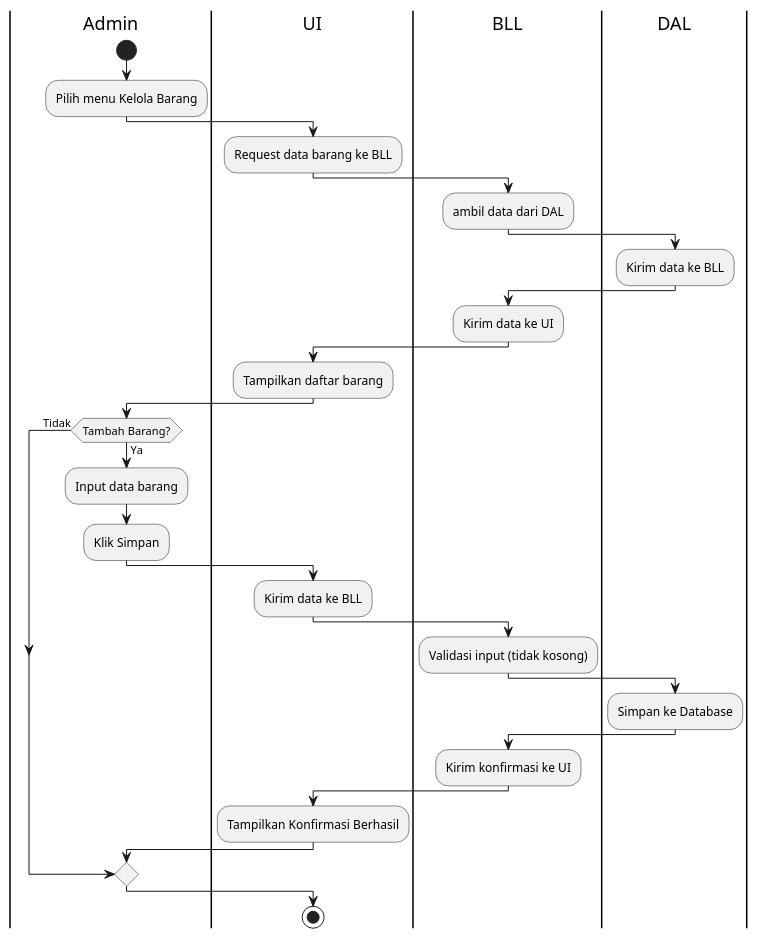
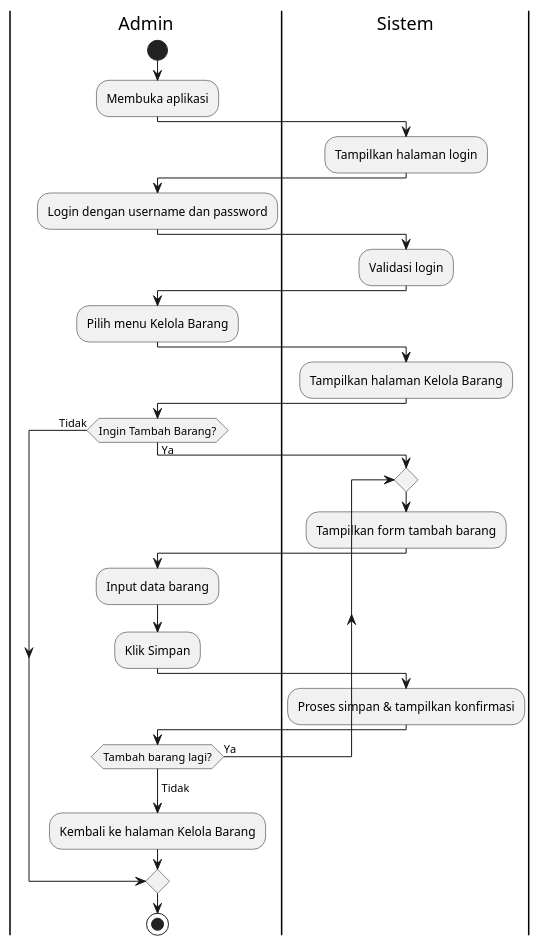
The diagram in Activity Diagram/activityKelolaBarang.puml (Fannandya/diagramPABD), drawn with PlantUML before and after one commit.

Commit message:
mengganti activity diagram

```diff
--- a/Activity Diagram/activityKelolaBarang.puml
+++ b/Activity Diagram/activityKelolaBarang.puml
@@ -1,38 +1,39 @@
 @startuml activityKelolaBarang
 |Admin|
 start
+:Membuka aplikasi;
+
+|Sistem|
+:Tampilkan halaman login;
+
+|Admin|
+:Login dengan username dan password;
+
+|Sistem|
+:Validasi login;
+
+|Admin|
 :Pilih menu Kelola Barang;
 
-|UI|
-:Request data barang ke BLL;
-
-|BLL|
-:ambil data dari DAL;
-
-|DAL|
-:Kirim data ke BLL;
-
-|BLL|
-:Kirim data ke UI;
-
-|UI|
-:Tampilkan daftar barang;
+|Sistem|
+:Tampilkan halaman Kelola Barang;
 
 |Admin|
-if (Tambah Barang?) then (Ya)
-  :Input data barang;
-  :Klik Simpan;
-  |UI|
-  :Kirim data ke BLL;
-  |BLL|
-  :Validasi input (tidak kosong);
-  |DAL|
-  :Simpan ke Database;
-  |BLL|
-  :Kirim konfirmasi ke UI;
-  |UI|
-  :Tampilkan Konfirmasi Berhasil;
+if (Ingin Tambah Barang?) then (Ya)
+  |Sistem|
+  repeat
+    :Tampilkan form tambah barang;
+    |Admin|
+    :Input data barang;
+    :Klik Simpan;
+    |Sistem|
+    :Proses simpan & tampilkan konfirmasi;
+    |Admin|
+  repeat while (Tambah barang lagi?) is (Ya)
+  ->Tidak;
+  :Kembali ke halaman Kelola Barang;
 else (Tidak)
 endif
+
 stop
 @enduml
```
